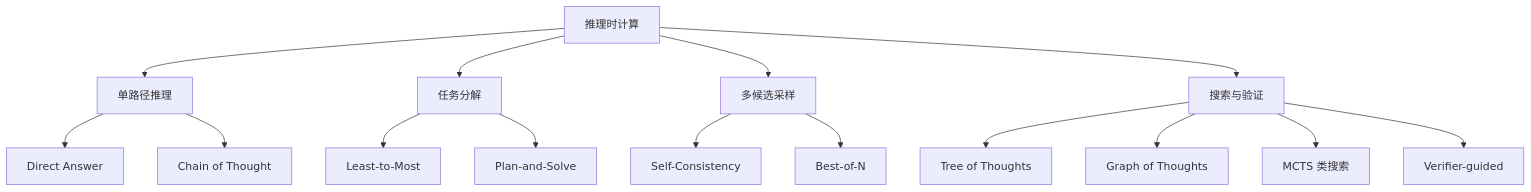
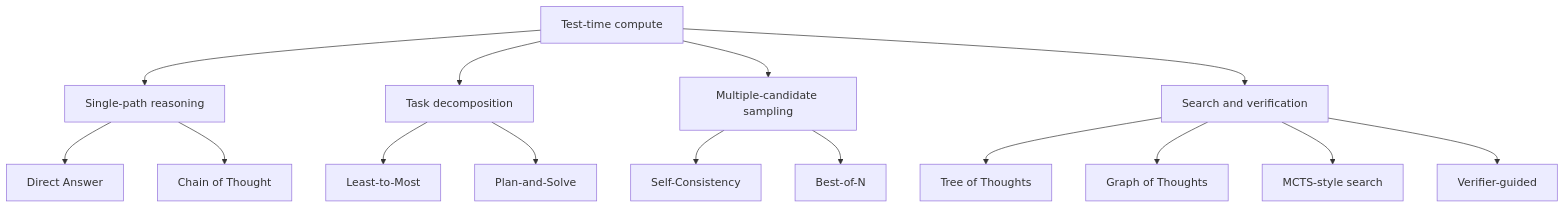
Before and after one commit to oneleaveknowsthefall/awesome-ai-roadmap: the second of 17 diagrams in docs/agent/02-reasoning-planning/05-agent-reasoning-methods.md, drawn with Mermaid. The commit also changed other lines of this file and 68 other files, not shown here.

````diff
--- a/docs/agent/02-reasoning-planning/05-agent-reasoning-methods.md
+++ b/docs/agent/02-reasoning-planning/05-agent-reasoning-methods.md
@@ -79,21 +79,21 @@
 ```mermaid
 flowchart TB
-    R[推理时计算] --> S1[单路径推理]
-    R --> S2[任务分解]
-    R --> S3[多候选采样]
-    R --> S4[搜索与验证]
+    R[Test-time compute] --> S1[Single-path reasoning]
+    R --> S2[Task decomposition]
+    R --> S3[Multiple-candidate sampling]
+    R --> S4[Search and verification]
 
     S1 --> DIRECT[Direct Answer]
     S1 --> COT[Chain of Thought]
 
     S2 --> LTM[Least-to-Most]
     S2 --> PS[Plan-and-Solve]
 
     S3 --> SC[Self-Consistency]
     S3 --> BON[Best-of-N]
 
     S4 --> TOT[Tree of Thoughts]
     S4 --> GOT[Graph of Thoughts]
-    S4 --> MCTS[MCTS 类搜索]
+    S4 --> MCTS[MCTS-style search]
     S4 --> VG[Verifier-guided]
 ```
````
